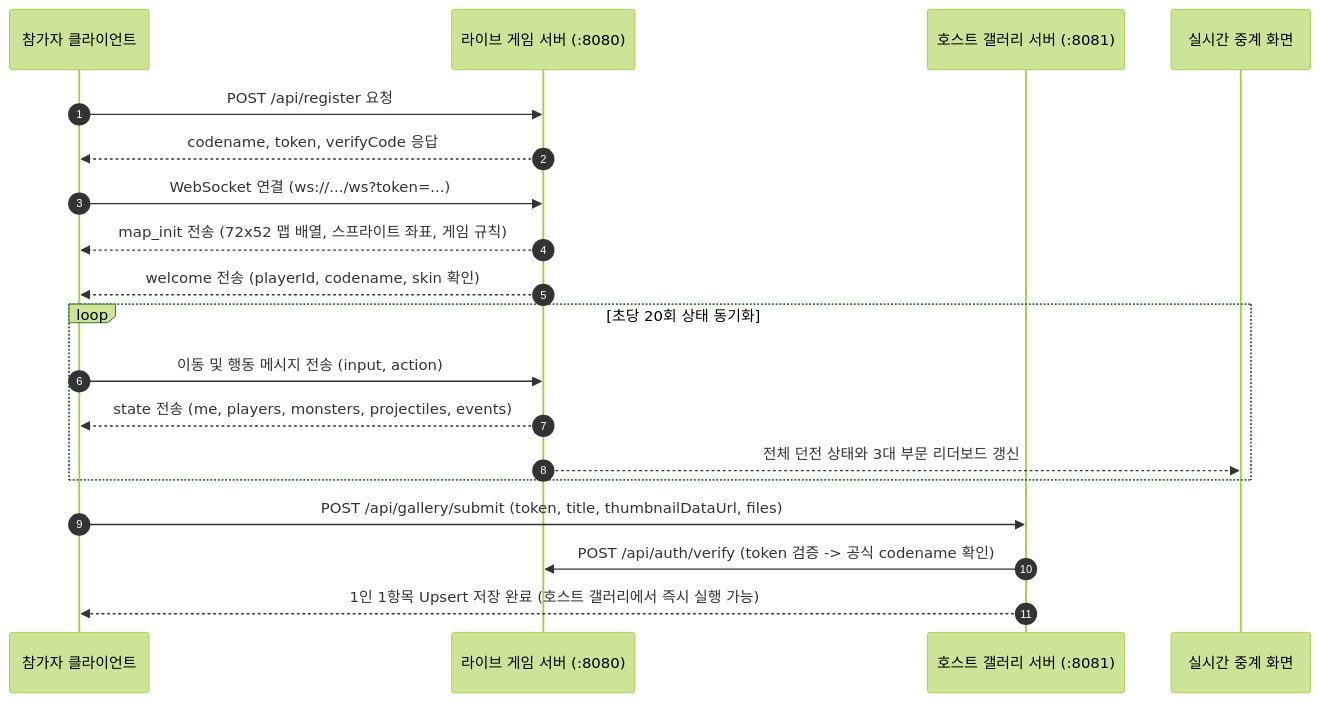
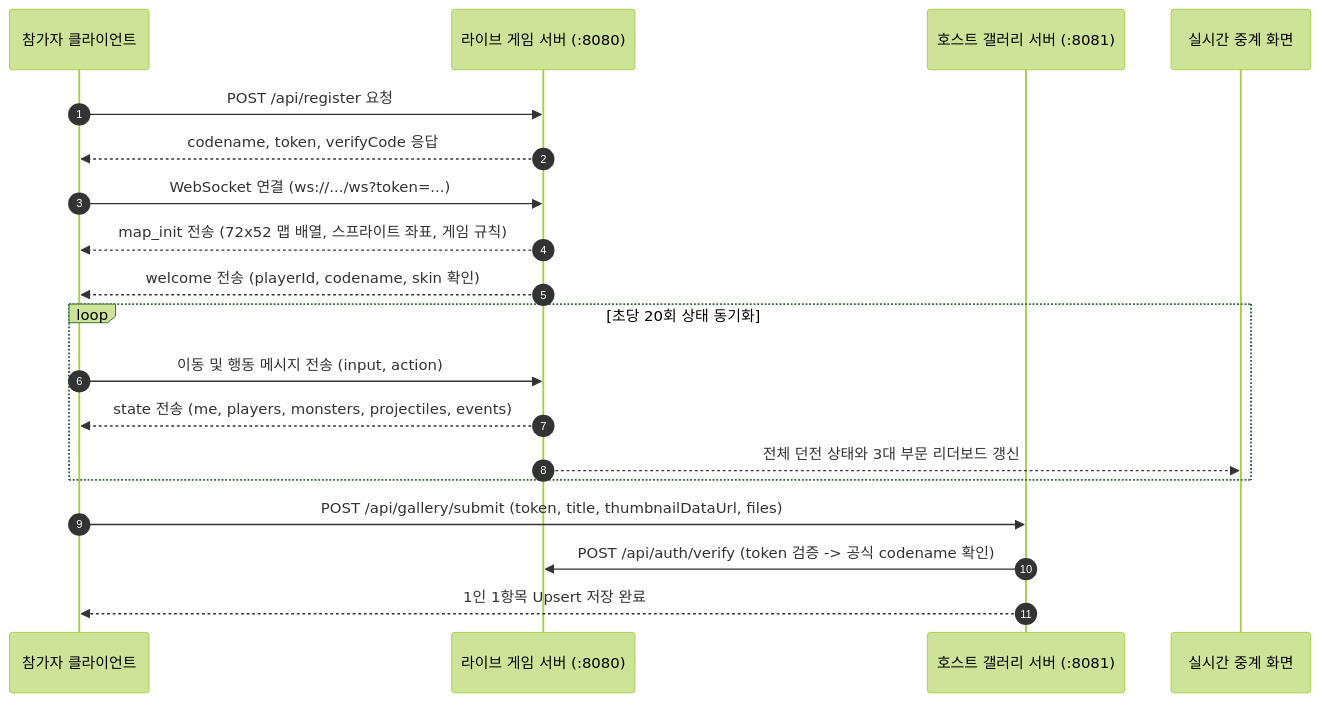
Before and after one commit to KennethanCeyer/build-beyond-limits: the second of 2 diagrams in README.md, drawn with Mermaid (forest theme). The commit also changed other lines of this file and 9 other files, not shown here.

````diff
--- a/README.md
+++ b/README.md
@@ -33,24 +33,24 @@
 ```mermaid
 sequenceDiagram
   autonumber
   participant C as 참가자 클라이언트
   participant S as 라이브 게임 서버 (:8080)
   participant G as 호스트 갤러리 서버 (:8081)
   participant B as 실시간 중계 화면
 
   C->>S: POST /api/register 요청
   S-->>C: codename, token, verifyCode 응답
   C->>S: WebSocket 연결 (ws://.../ws?token=...)
   S-->>C: map_init 전송 (72x52 맵 배열, 스프라이트 좌표, 게임 규칙)
   S-->>C: welcome 전송 (playerId, codename, skin 확인)
 
   loop 초당 20회 상태 동기화
     C->>S: 이동 및 행동 메시지 전송 (input, action)
     S-->>C: state 전송 (me, players, monsters, projectiles, events)
     S-->>B: 전체 던전 상태와 3대 부문 리더보드 갱신
   end
 
   C->>G: POST /api/gallery/submit (token, title, thumbnailDataUrl, files)
   G->>S: POST /api/auth/verify (token 검증 -> 공식 codename 확인)
-  G-->>C: 1인 1항목 Upsert 저장 완료 (호스트 갤러리에서 즉시 실행 가능)
+  G-->>C: 1인 1항목 Upsert 저장 완료
 ```
````
